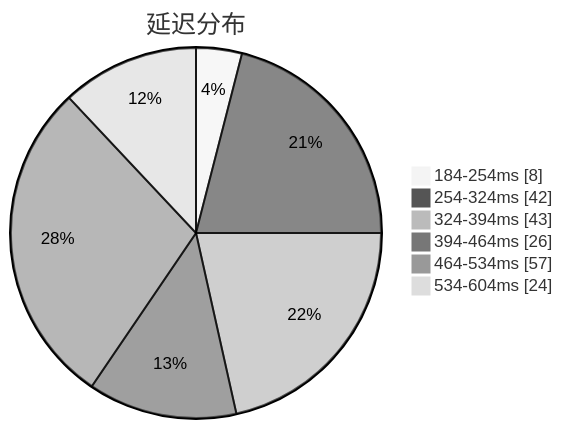
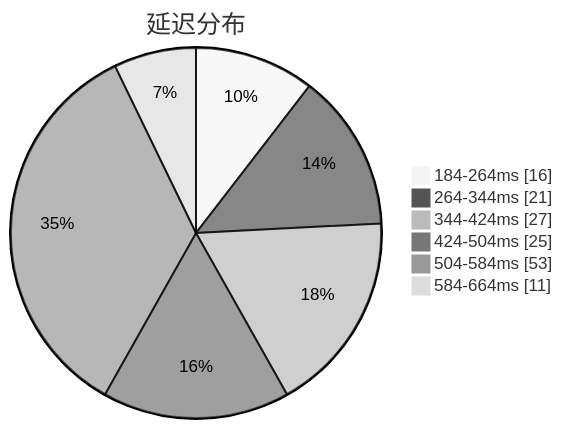
One commit to qjlxg/airport changed the first of 3 diagrams in subs/statistics/tested_within.md. Above: the diagram before and after it, drawn with Mermaid (neutral theme). The commit also changed other lines of this file and 2 other files, not shown here.

````diff
--- a/subs/statistics/tested_within.md
+++ b/subs/statistics/tested_within.md
@@ -2,10 +2,10 @@
 ```mermaid
 pie showData
 title 延迟分布
-"184-254ms" : 8
-"254-324ms" : 42
-"324-394ms" : 43
-"394-464ms" : 26
-"464-534ms" : 57
-"534-604ms" : 24
+"184-264ms" : 16
+"264-344ms" : 21
+"344-424ms" : 27
+"424-504ms" : 25
+"504-584ms" : 53
+"584-664ms" : 11
 ```
````
